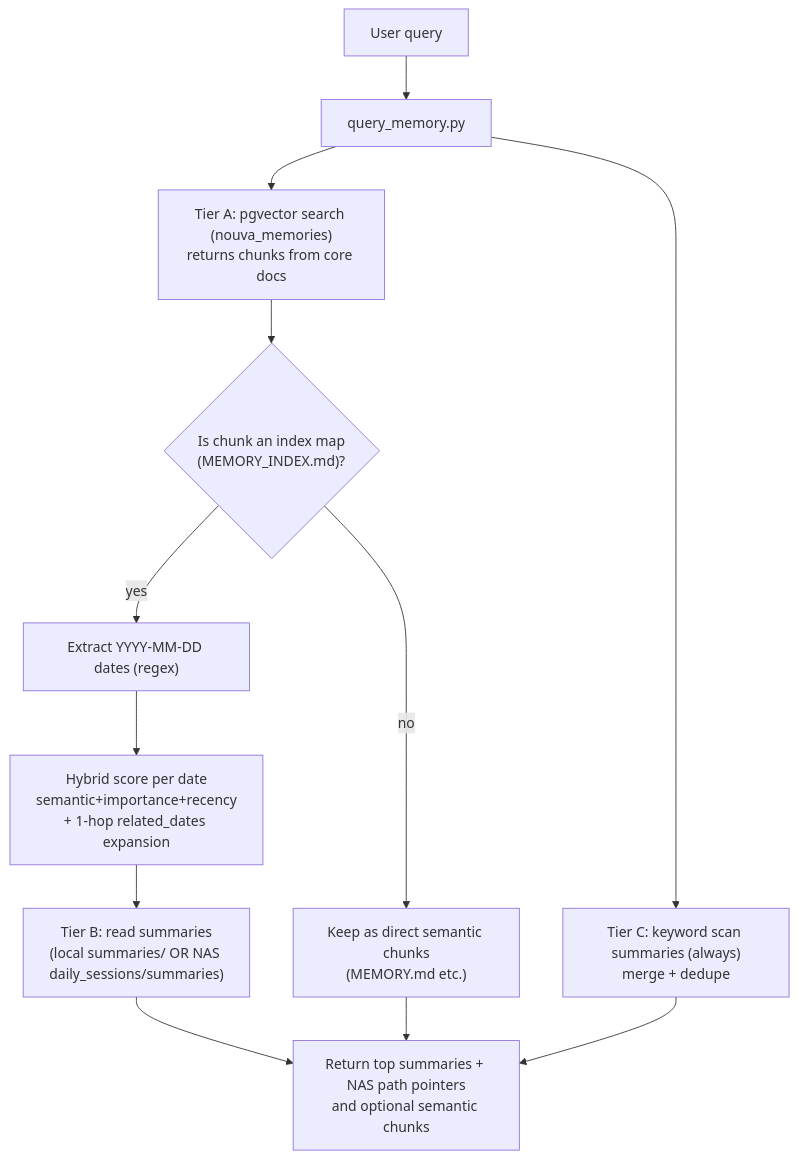
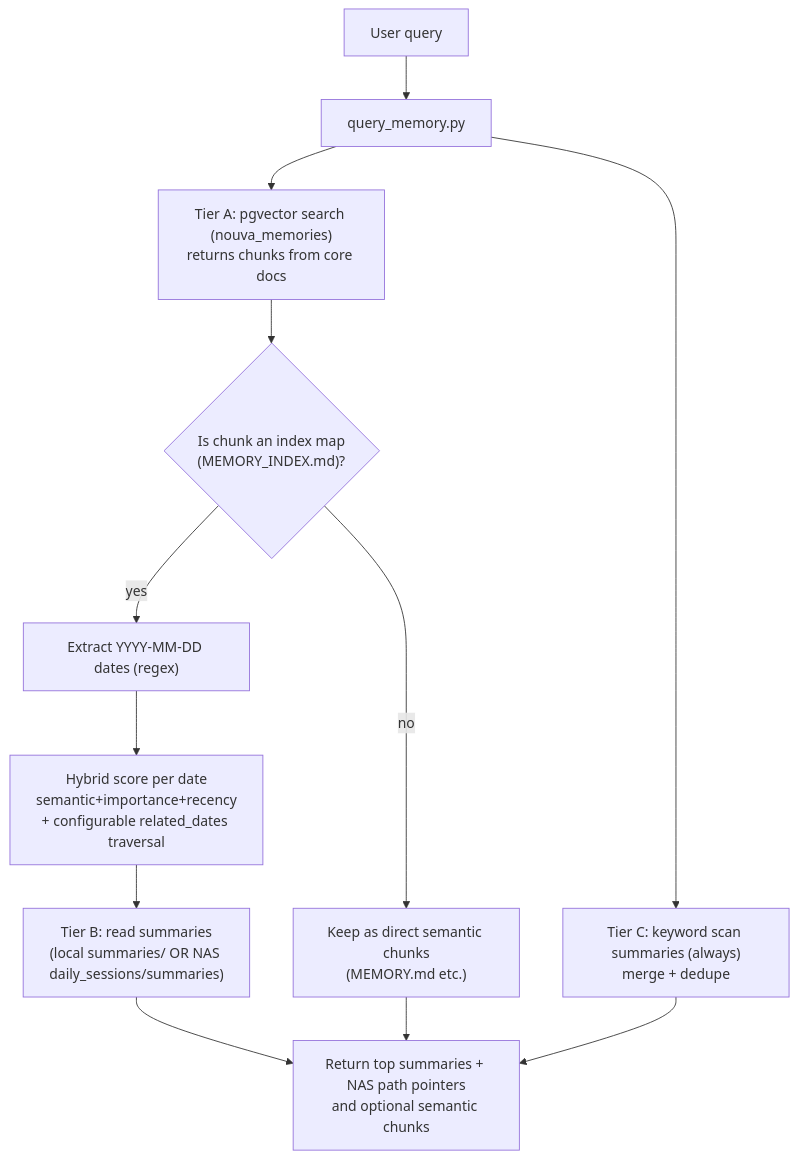
One commit to nouverse-tech/nouva-mcp-server changed the third of 4 diagrams in src/skills/memory_engine/ARCHITECTURE.md. Above: the diagram before and after it, drawn with Mermaid. The commit also changed other lines of this file and 7 other files, not shown here.

````diff
--- a/src/skills/memory_engine/ARCHITECTURE.md
+++ b/src/skills/memory_engine/ARCHITECTURE.md
@@ -140,17 +141,17 @@
 ```mermaid
 flowchart TD
   U["User query"] --> QM["query_memory.py"]
 
   QM --> V["Tier A: pgvector search (nouva_memories)\nreturns chunks from core docs"]
   V --> D{"Is chunk an index map\n(MEMORY_INDEX.md)?"}
   D -->|yes| EX["Extract YYYY-MM-DD dates (regex)"]
   D -->|no| RC["Keep as direct semantic chunks\n(MEMORY.md etc.)"]
 
-  EX --> HS["Hybrid score per date\nsemantic+importance+recency\n+ 1-hop related_dates expansion"]
+  EX --> HS["Hybrid score per date\nsemantic+importance+recency\n+ configurable related_dates traversal"]
   HS --> SUM["Tier B: read summaries\n(local summaries/ OR NAS daily_sessions/summaries)"]
 
   QM --> KW["Tier C: keyword scan summaries (always)\nmerge + dedupe"]
   SUM --> OUT["Return top summaries + NAS path pointers\nand optional semantic chunks"]
   KW --> OUT
   RC --> OUT
 ```
````
